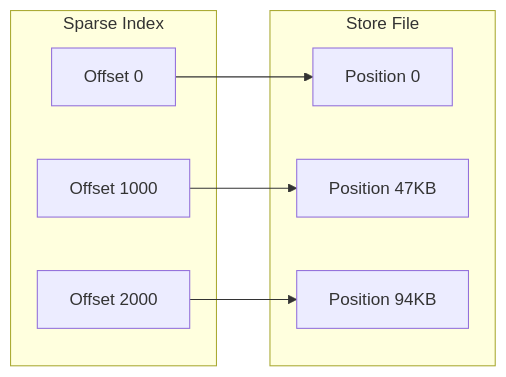
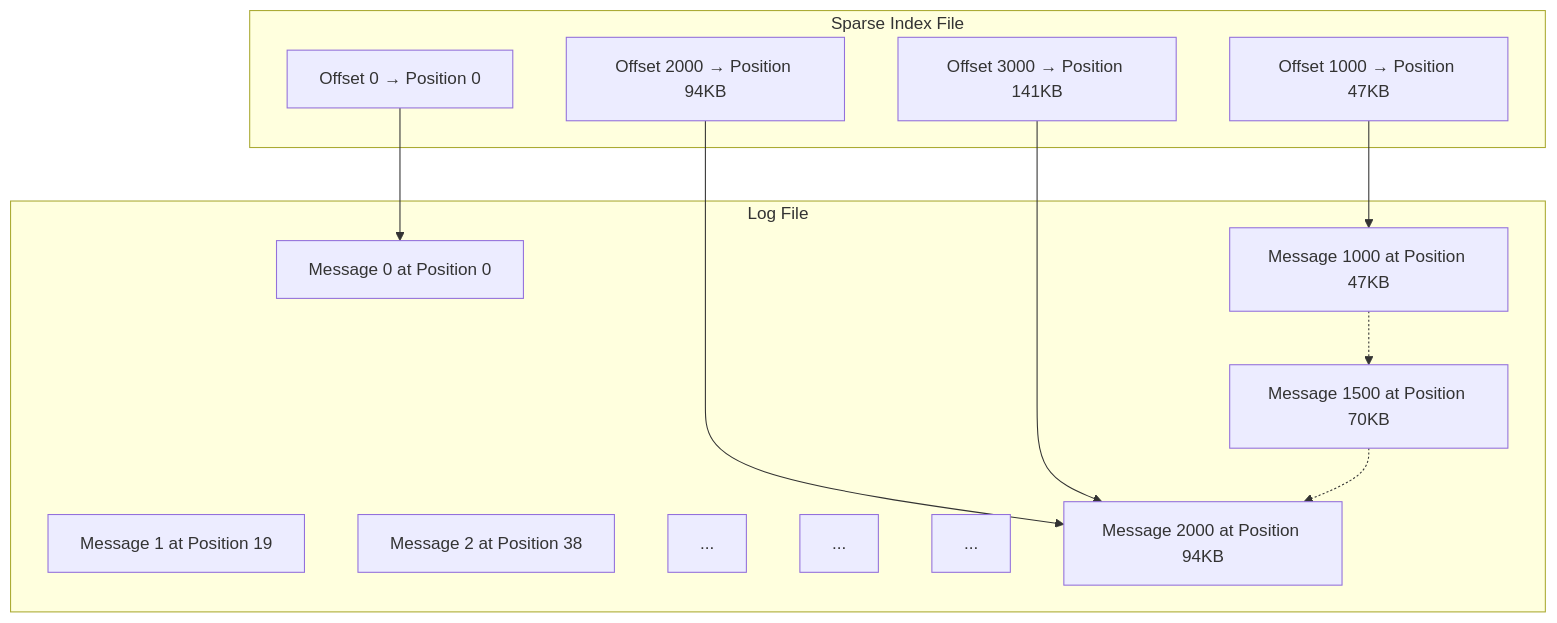
The fifth of 8 diagrams in README.md (Mahmoud02/Lynxes), drawn with Mermaid before and after one commit. The commit also changed other lines of this file and 1 other file, not shown here.

First line of the commit message:
Update README.md and dashboard.html to reflect system rebranding and architecture enhancements

````diff
--- a/README.md
+++ b/README.md
@@ -316,18 +361,29 @@
 ```mermaid
-graph LR
-    Offset[Offset 0] --> Position[Position 0]
-    Offset2[Offset 1000] --> Position2[Position 47KB]
-    Offset3[Offset 2000] --> Position3[Position 94KB]
-    
-    subgraph "Sparse Index"
-        Offset
-        Offset2
-        Offset3
+graph TB
+    subgraph "Sparse Index File"
+        Index0[Offset 0 → Position 0]
+        Index1[Offset 1000 → Position 47KB]
+        Index2[Offset 2000 → Position 94KB]
+        Index3[Offset 3000 → Position 141KB]
     end
     
-    subgraph "Store File"
-        Position
-        Position2
-        Position3
+    subgraph "Log File"
+        Log0[Message 0 at Position 0]
+        Log1[Message 1 at Position 19]
+        Log2[Message 2 at Position 38]
+        LogMore[...]
+        Log1000[Message 1000 at Position 47KB]
+        LogMore2[...]
+        Log1500[Message 1500 at Position 70KB]
+        LogMore3[...]
+        Log2000[Message 2000 at Position 94KB]
     end
+    
+    Index0 --> Log0
+    Index1 --> Log1000
+    Index2 --> Log2000
+    Index3 --> Log2000
+    
+    Log1000 -.-> Log1500
+    Log1500 -.-> Log2000
 ```
````
